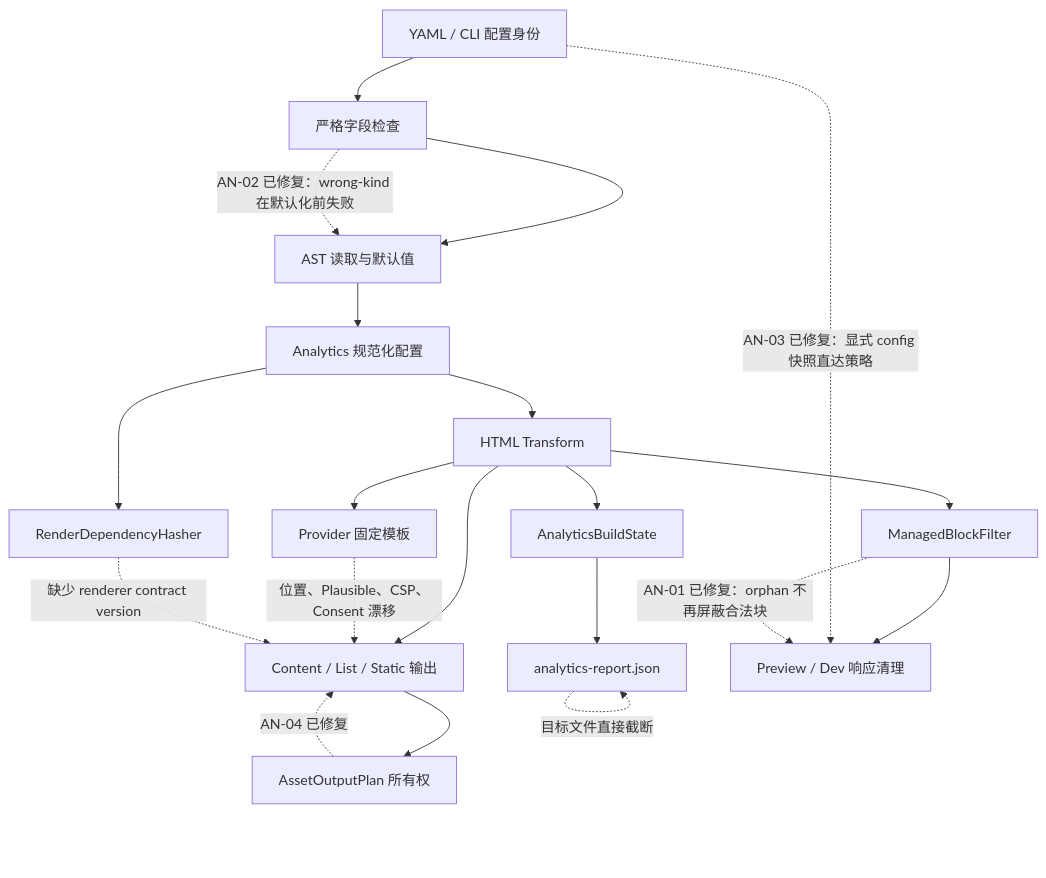
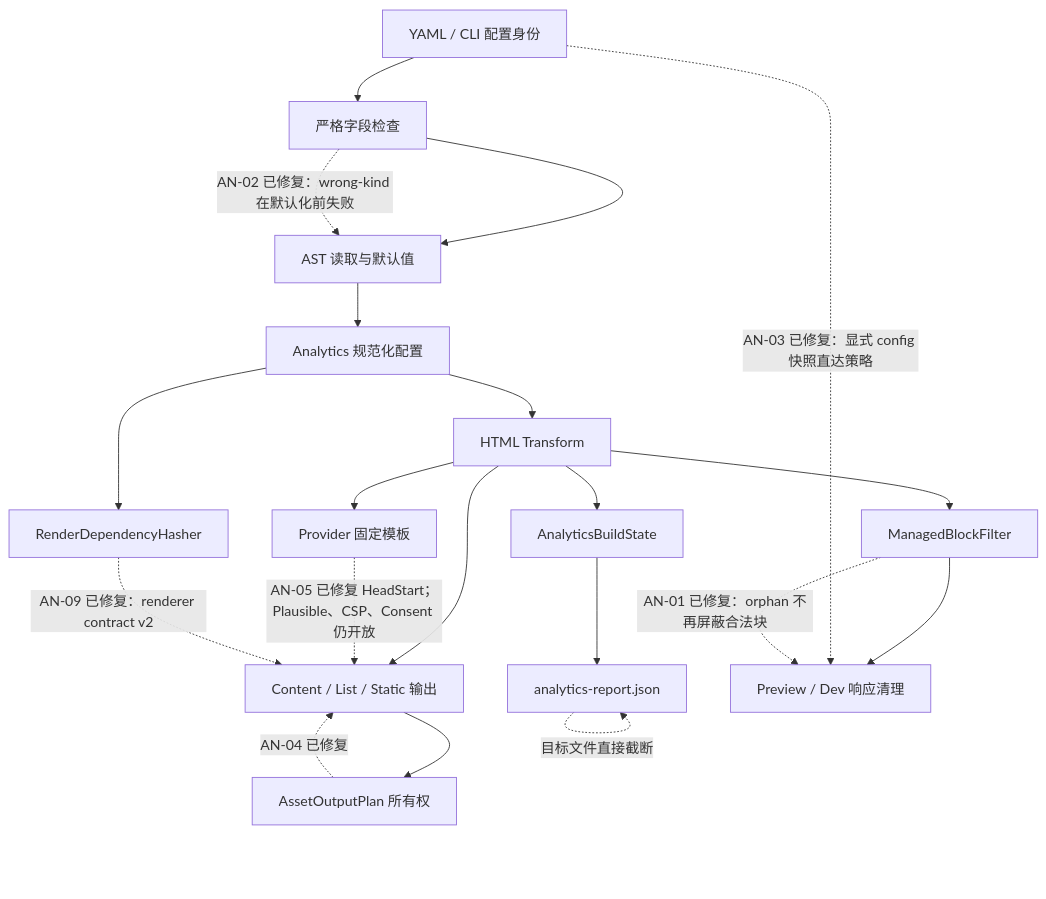
Before and after one commit to ALi365-SDN-BHD/Bukit: the diagram in docs/analysis/bukit-analytics-built-in-plugin-deep-audit-2026-07-18.zh-CN.md, drawn with Mermaid. The commit also changed other lines of this file and 10 other files, not shown here.

Commit message:
fix(analytics): close AN-05 and version renderer contract

````diff
--- a/docs/analysis/bukit-analytics-built-in-plugin-deep-audit-2026-07-18.zh-CN.md
+++ b/docs/analysis/bukit-analytics-built-in-plugin-deep-audit-2026-07-18.zh-CN.md
@@ -77,23 +77,23 @@
 ```mermaid
 flowchart TD
     A["YAML / CLI 配置身份"] --> B["严格字段检查"]
     B --> C["AST 读取与默认值"]
     C --> D["Analytics 规范化配置"]
     D --> E["HTML Transform"]
     E --> F["ManagedBlockFilter"]
     E --> G["Provider 固定模板"]
     D --> H["RenderDependencyHasher"]
     E --> I["Content / List / Static 输出"]
     I --> J["AssetOutputPlan 所有权"]
     E --> K["AnalyticsBuildState"]
     K --> L["analytics-report.json"]
     F --> M["Preview / Dev 响应清理"]
 
     B -. "AN-02 已修复：wrong-kind 在默认化前失败" .-> C
     A -. "AN-03 已修复：显式 config 快照直达策略" .-> M
     F -. "AN-01 已修复：orphan 不再屏蔽合法块" .-> M
-    G -. "位置、Plausible、CSP、Consent 漂移" .-> I
-    H -. "缺少 renderer contract version" .-> I
+    G -. "AN-05 已修复 HeadStart；Plausible、CSP、Consent 仍开放" .-> I
+    H -. "AN-09 已修复：renderer contract v2" .-> I
     L -. "目标文件直接截断" .-> L
     J -. "AN-04 已修复" .-> I
 ```
````
